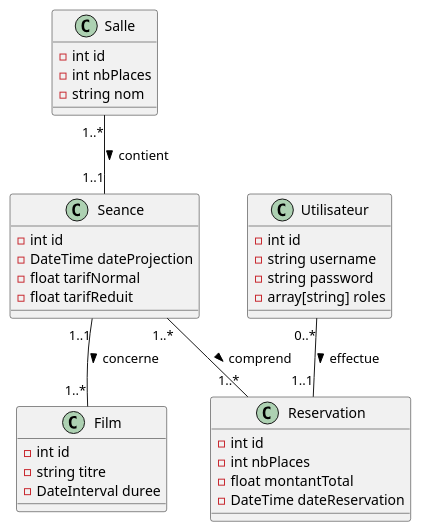
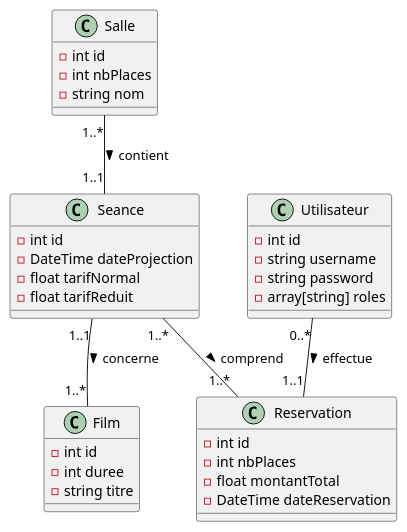
Before and after one commit to LyArthur/cinema-api: the diagram in documentation/diagrammeDeClasse.puml, drawn with PlantUML. The commit also changed 11 other files, not shown here.

```diff
--- a/documentation/diagrammeDeClasse.puml
+++ b/documentation/diagrammeDeClasse.puml
@@ -1,37 +1,37 @@
 @startuml
 class Salle{
     -int id
     -int nbPlaces
     -string nom
 }
 class Seance{
     -int id
     -DateTime dateProjection
     -float tarifNormal
     -float tarifReduit
 }
 class Film{
     -int id
+    -int duree
     -string titre
-    -DateInterval duree
 }
 class Utilisateur{
     -int id
     -string username
     -string password
     -array[string] roles
 }
 class Reservation{
     -int id
     -int nbPlaces
     -float montantTotal
     -DateTime dateReservation
 }
 
 Salle "1..*" -- "1..1" Seance : contient >
 Seance "1..1" -- "1..*" Film : concerne >
 Utilisateur "0..*" -- "1..1" Reservation : effectue >
 Seance "1..*" -- "1..*" Reservation : comprend >
 
 
 @enduml
```
